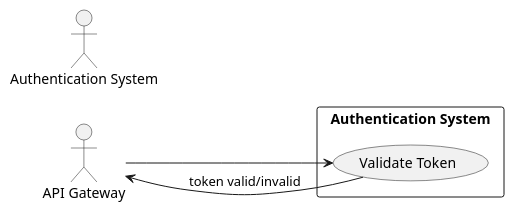
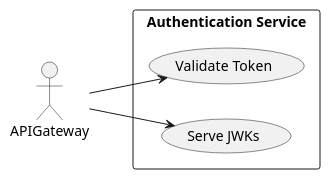
Before and after one commit to Bimmi-kumari-singh/Agent-testing: the seventh of 7 diagrams in .propel/context/docs/spec.md, drawn with PlantUML. The commit also changed other lines of this file, not shown here.

````diff
--- a/.propel/context/docs/spec.md
+++ b/.propel/context/docs/spec.md
@@ -474,16 +441,15 @@
 ```plantuml
 @startuml
 left to right direction
 skinparam packageStyle rectangle
 
-actor "API Gateway" as API
-actor "Authentication System" as Auth
-
-rectangle "Authentication System" {
-  usecase (Validate Token) as UC7
+actor APIGateway
+rectangle "Authentication Service" {
+  usecase (Validate Token) as UC_Validate
+  usecase (Serve JWKs) as UC_JWKs
 }
 
-API --> UC7
-UC7 --> API : token valid/invalid
+APIGateway --> UC_Validate
+APIGateway --> UC_JWKs
 @enduml
 ```
````
